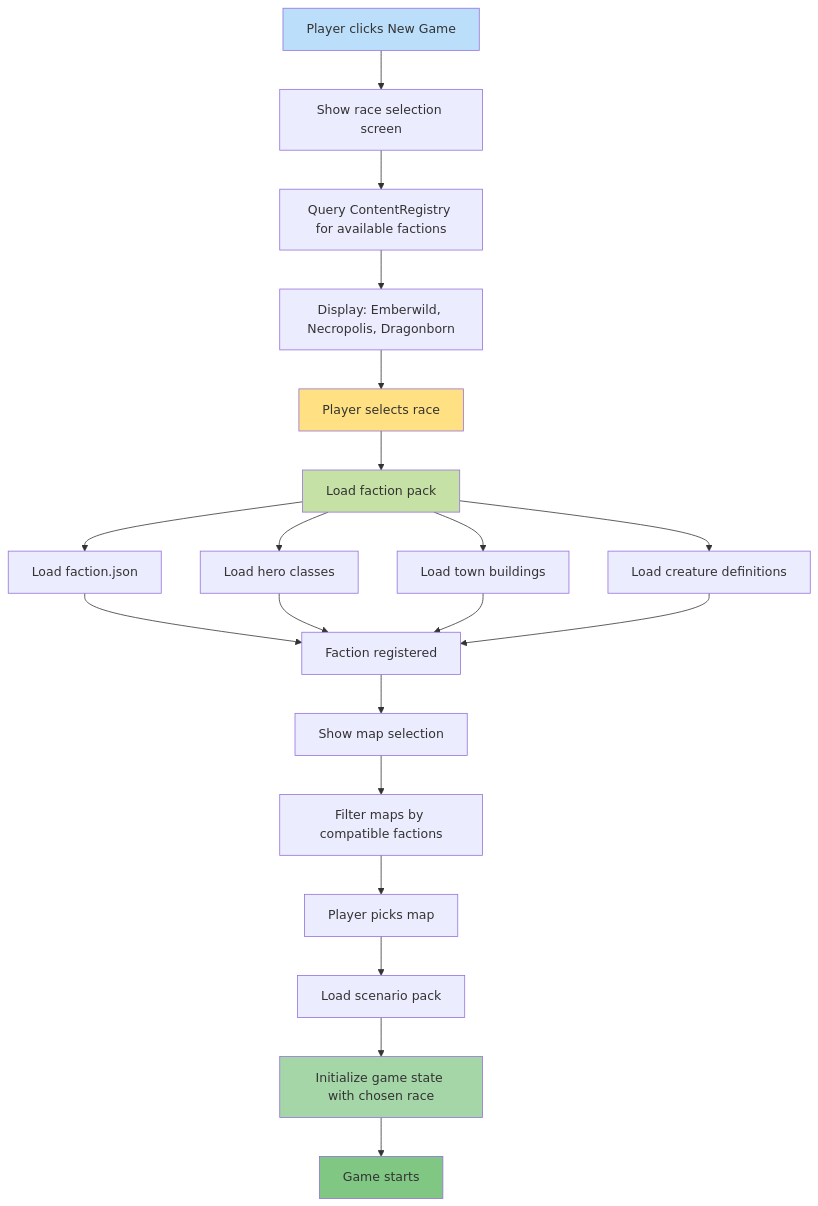
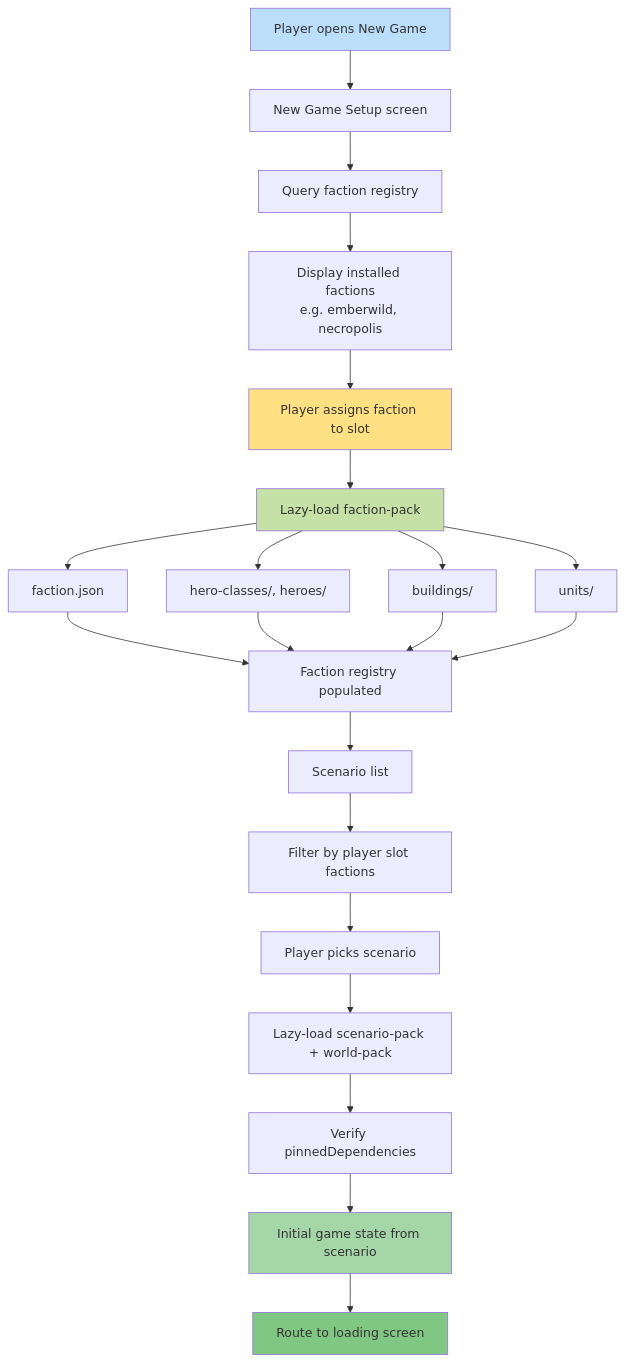
One commit to SunaNoOshiro/Heroes_Reforged_AI_Realms changed the diagram in docs/architecture/diagrams/02-new-game-flow.md. Above: the diagram before and after it, drawn with Mermaid. The commit also changed other lines of this file and 518 other files, not shown here.

First line of the commit message:
Add doc-audit skill and sweep architecture/screen docs

````diff
--- a/docs/architecture/diagrams/02-new-game-flow.md
+++ b/docs/architecture/diagrams/02-new-game-flow.md
@@ -10,27 +30,28 @@
 ```mermaid
 flowchart TD
-    A[Player clicks New Game] --> B[Show race selection screen]
-    B --> C[Query ContentRegistry for available factions]
-    C --> D[Display: Emberwild, Necropolis, Dragonborn]
-    D --> E[Player selects race]
-    E --> F[Load faction pack]
-    F --> F1[Load faction.json]
-    F --> F2[Load hero classes]
-    F --> F3[Load town buildings]
-    F --> F4[Load creature definitions]
-    F1 --> G[Faction registered]
+    A[Player opens New Game] --> B[New Game Setup screen]
+    B --> C[Query faction registry]
+    C --> D[Display installed factions<br/>e.g. emberwild, necropolis]
+    D --> E[Player assigns faction to slot]
+    E --> F[Lazy-load faction-pack]
+    F --> F1[faction.json]
+    F --> F2[hero-classes/, heroes/]
+    F --> F3[buildings/]
+    F --> F4[units/]
+    F1 --> G[Faction registry populated]
     F2 --> G
     F3 --> G
     F4 --> G
-    G --> H[Show map selection]
-    H --> I[Filter maps by compatible factions]
-    I --> J[Player picks map]
-    J --> K[Load scenario pack]
-    K --> L[Initialize game state with chosen race]
-    L --> M[Game starts]
+    G --> H[Scenario list]
+    H --> I[Filter by player slot factions]
+    I --> J[Player picks scenario]
+    J --> K[Lazy-load scenario-pack + world-pack]
+    K --> K1[Verify pinnedDependencies]
+    K1 --> L[Initial game state from scenario]
+    L --> M[Route to loading screen]
     style A fill:#bbdefb
     style E fill:#ffe082
     style F fill:#c5e1a5
     style L fill:#a5d6a7
     style M fill:#81c784
 ```
````
